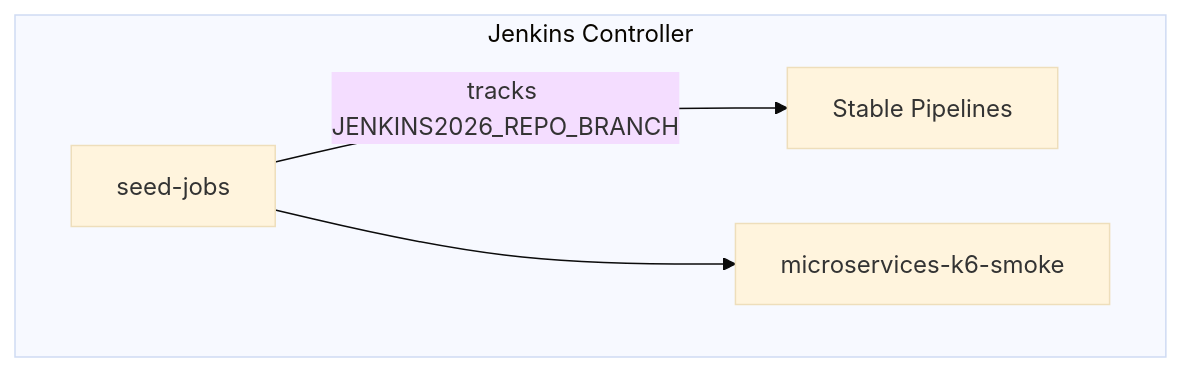
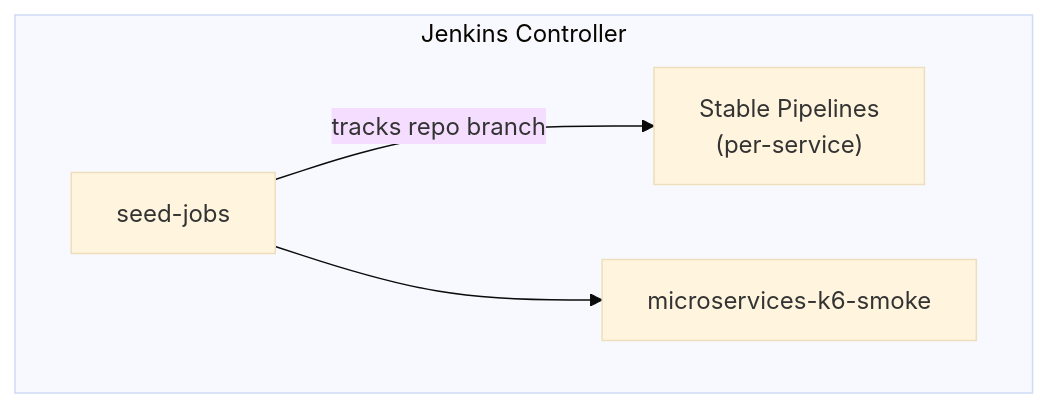
One commit to nubenetes/jenkins-2026 changed the fifth of 8 diagrams in README.md. Above: the diagram before and after it, drawn with Mermaid (base theme). The commit also changed other lines of this file, not shown here.

First line of the commit message:
docs: fix text cutoff in all three Mermaid diagrams in README

````diff
--- a/README.md
+++ b/README.md
@@ -630,7 +630,7 @@
 ```mermaid
 graph TD
-    subgraph "Jenkins Controller"
-        SJ[seed-jobs] --> |tracks JENKINS2026_REPO_BRANCH| SP[Stable Pipelines]
-        SJ --> K6S[microservices-k6-smoke]
+    subgraph JC ["Jenkins Controller"]
+        SJ["seed-jobs"] -->|"tracks repo branch"| SP["Stable Pipelines<br>(per-service)"]
+        SJ --> K6S["microservices-k6-smoke"]
     end
 ```
````
